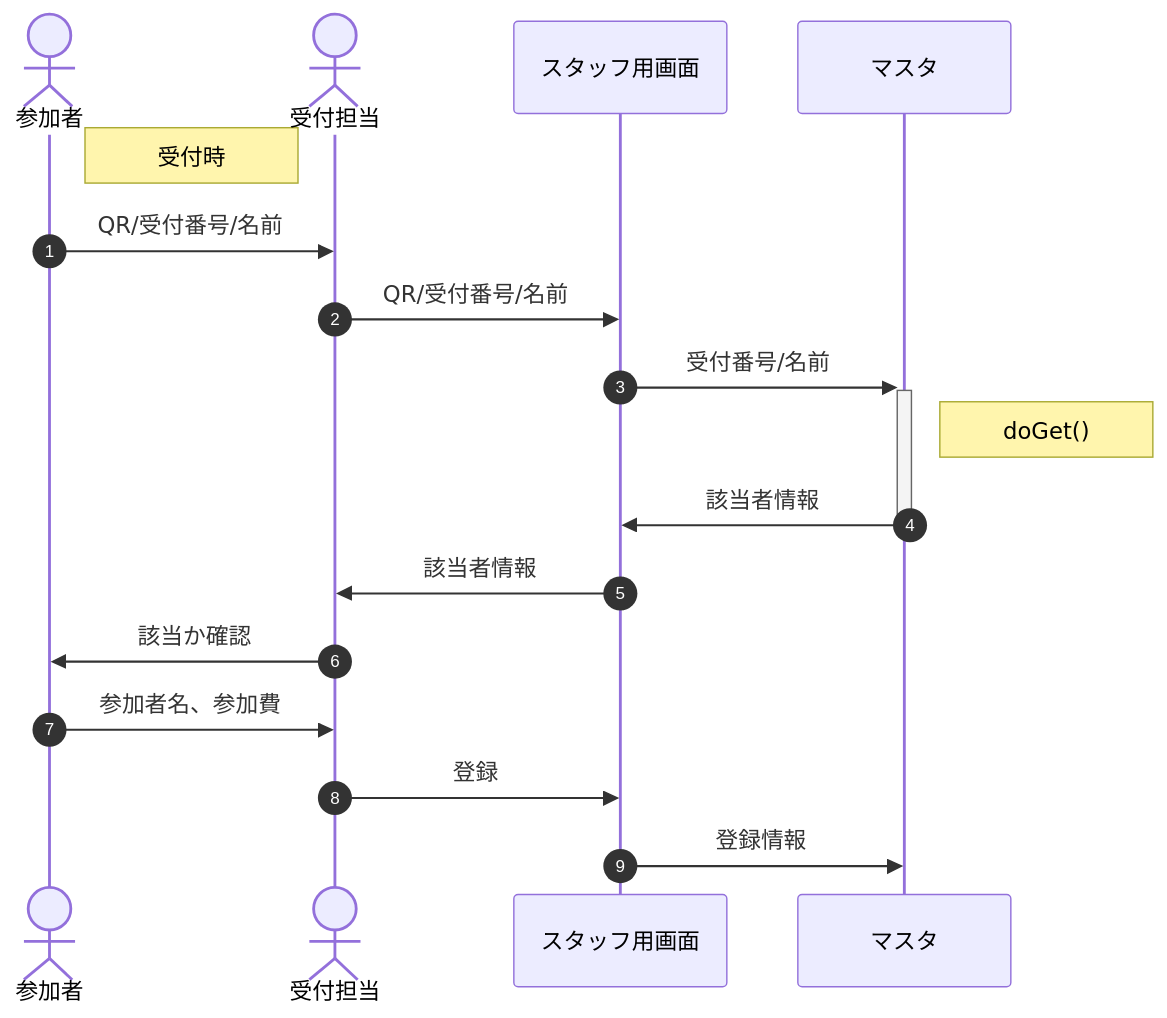
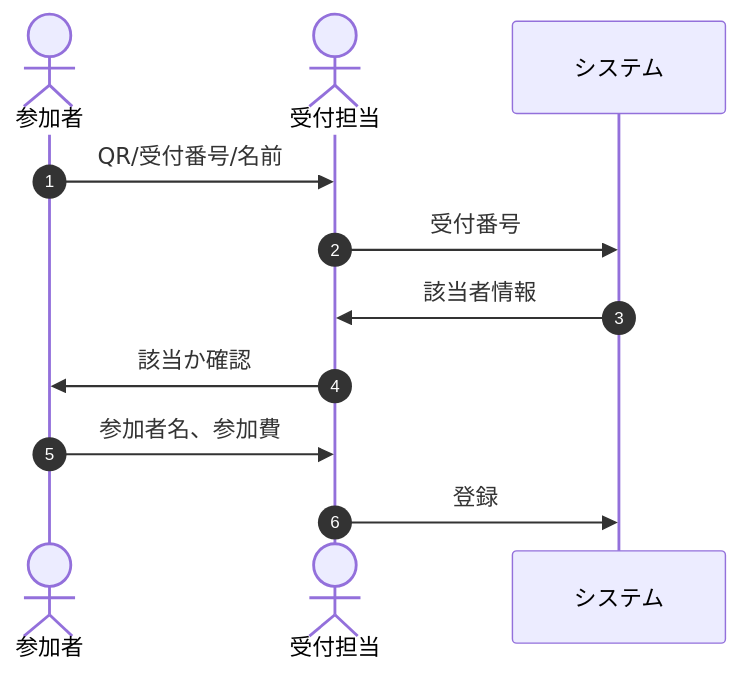
Before and after one commit to nakaone/EventStaff: the third of 6 diagrams in README.md, drawn with Mermaid. The commit also changed other lines of this file and 1 other file, not shown here.

````diff
--- a/README.md
+++ b/README.md
@@ -245,22 +253,14 @@
 ```mermaid
-
 sequenceDiagram
   autonumber
   actor guest as 参加者
   actor staff as 受付担当
-  participant html as スタッフ用画面
-  participant master as マスタ
+  participant system as システム
 
-  Note right of guest: 受付時
-  guest->>staff    : QR/受付番号/名前
-  staff->>html     : QR/受付番号/名前
-  html->>+master    : 受付番号/名前
-  Note right of master: doGet()
-  master->>-html    : 該当者情報
-  html->>staff     : 該当者情報
-  staff->>guest    : 該当か確認
-  guest->>staff    : 参加者名、参加費
-  staff->>html     : 登録
-  html->>master    : 登録情報
-
+  guest ->> staff    : QR/受付番号/名前
+  staff ->> system   : 受付番号
+  system ->> staff   : 該当者情報
+  staff ->> guest    : 該当か確認
+  guest ->> staff    : 参加者名、参加費
+  staff ->> system   : 登録
 ```
````
